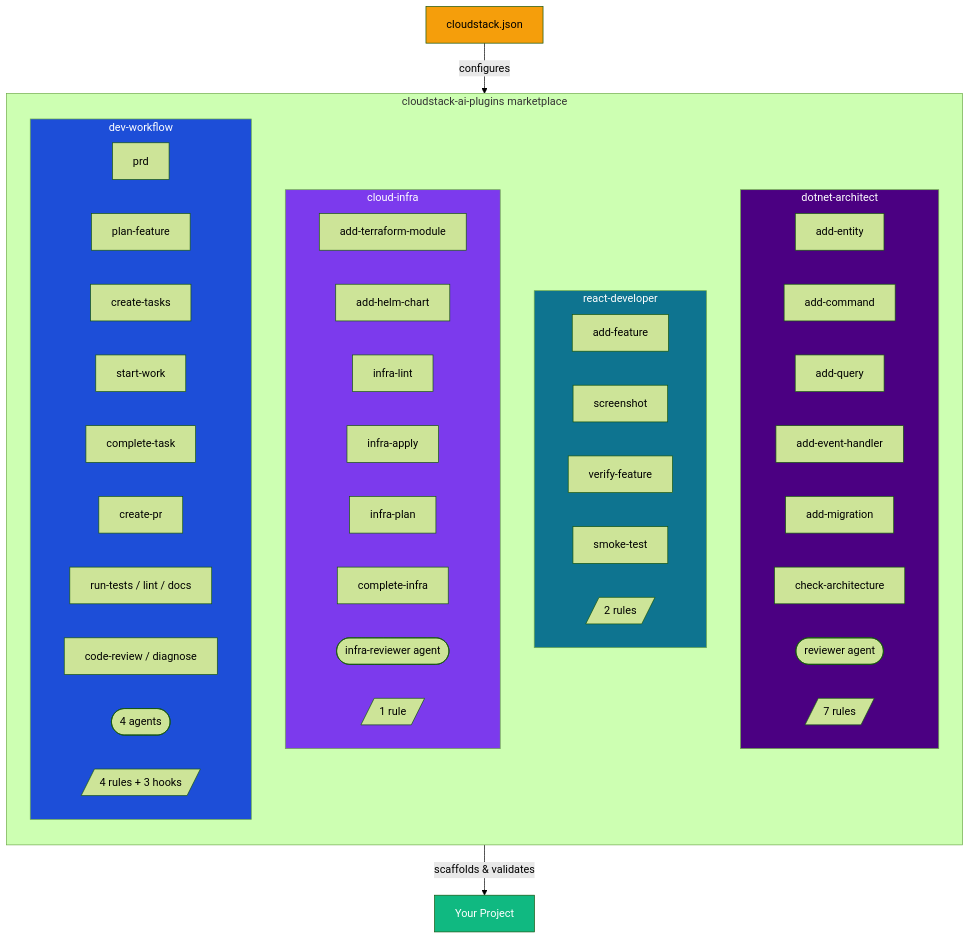
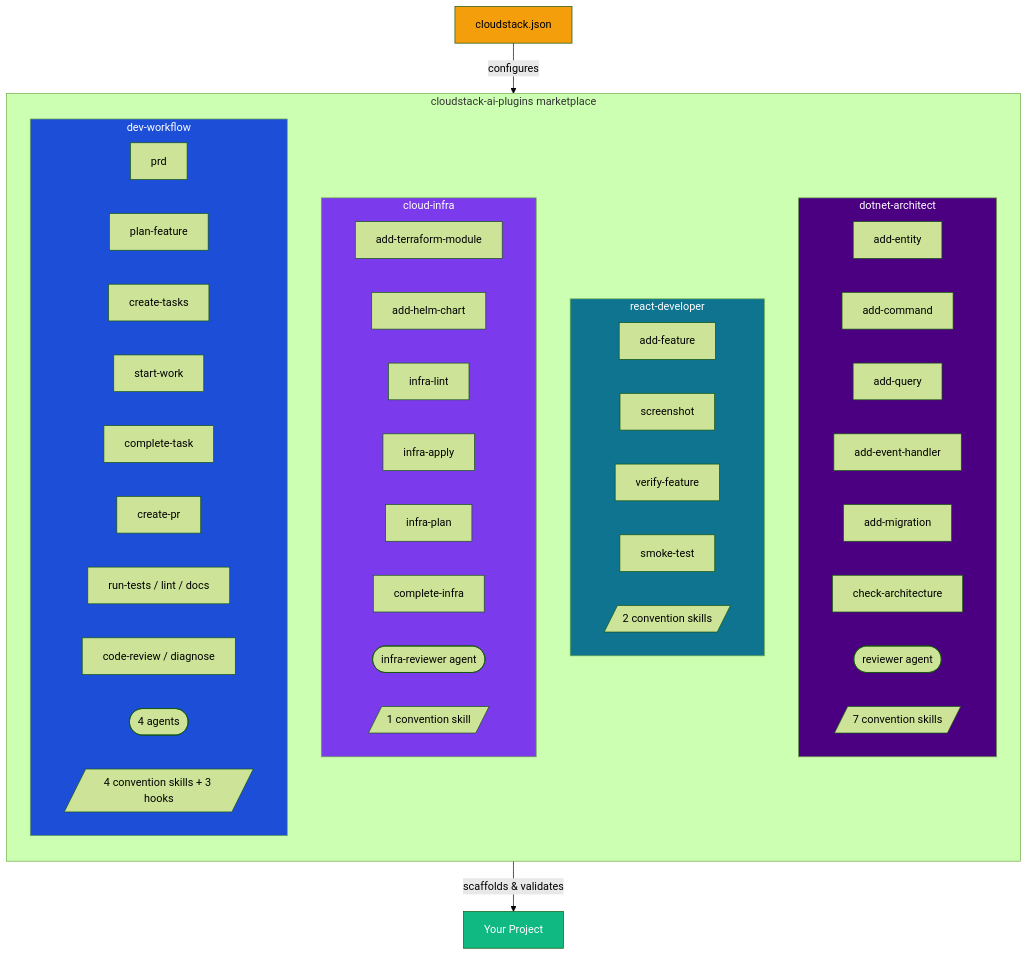
Before and after one commit to makigjuro/cloudstack-ai-plugins: the first of 7 diagrams in README.md, drawn with Mermaid (forest theme). The commit also changed other lines of this file and 38 other files, not shown here.

````diff
--- a/README.md
+++ b/README.md
@@ -21,62 +21,62 @@
 ```mermaid
 graph TB
     subgraph marketplace["cloudstack-ai-plugins marketplace"]
         direction TB
 
         subgraph dotnet["dotnet-architect"]
             d1["add-entity"]
             d2["add-command"]
             d3["add-query"]
             d4["add-event-handler"]
             d5["add-migration"]
             d6["check-architecture"]
             d7(["reviewer agent"])
-            d8[/"7 rules"/]
+            d8[/"7 convention skills"/]
         end
 
         subgraph react["react-developer"]
             r1["add-feature"]
             r2["screenshot"]
             r3["verify-feature"]
             r4["smoke-test"]
-            r5[/"2 rules"/]
+            r5[/"2 convention skills"/]
         end
 
         subgraph infra["cloud-infra"]
             i1["add-terraform-module"]
             i2["add-helm-chart"]
             i3["infra-lint"]
             i4["infra-apply"]
             i5["infra-plan"]
             i6["complete-infra"]
             i7(["infra-reviewer agent"])
-            i8[/"1 rule"/]
+            i8[/"1 convention skill"/]
         end
 
         subgraph workflow["dev-workflow"]
             w1["prd"]
             w2["plan-feature"]
             w3["create-tasks"]
             w4["start-work"]
             w5["complete-task"]
             w6["create-pr"]
             w7["run-tests / lint / docs"]
             w8["code-review / diagnose"]
             w9(["4 agents"])
-            w10[/"4 rules + 3 hooks"/]
+            w10[/"4 convention skills + 3 hooks"/]
         end
     end
 
     config["cloudstack.json"]
     project["Your Project"]
 
     config -->|configures| marketplace
     marketplace -->|scaffolds &amp; validates| project
 
     style dotnet fill:#4B0082,color:#fff
     style react fill:#0E7490,color:#fff
     style infra fill:#7C3AED,color:#fff
     style workflow fill:#1D4ED8,color:#fff
     style config fill:#F59E0B,color:#000
     style project fill:#10B981,color:#fff
 ```
````
